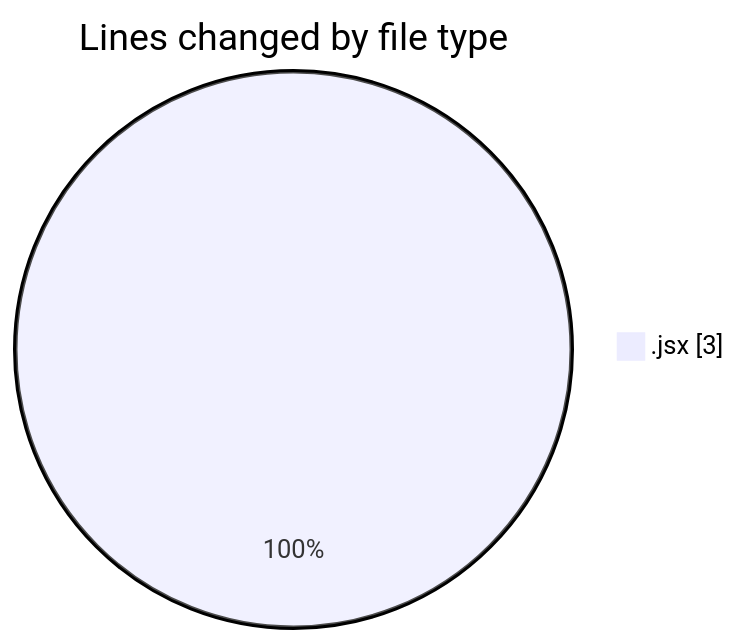
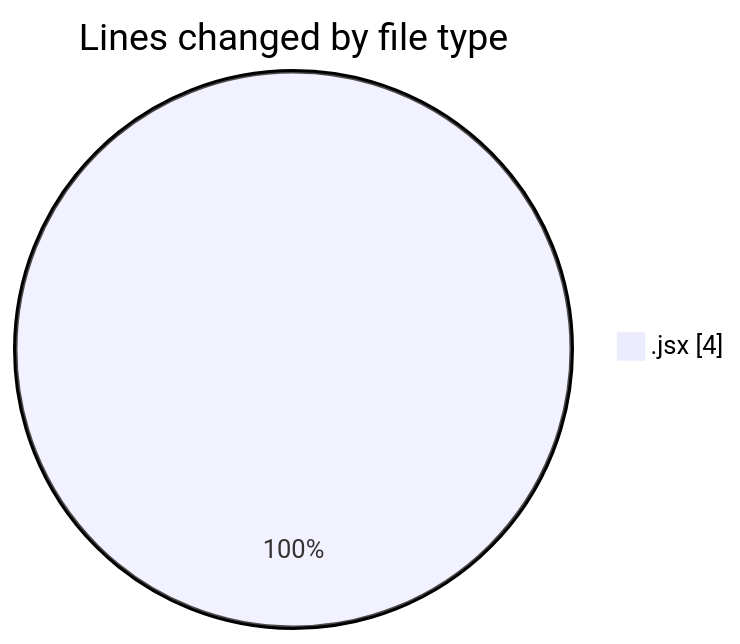
One commit to nxtqubesakshisongat/code-tracking changed the first of 2 diagrams in 2025-10-09/nxtqube_webapp/README.md. Above: the diagram before and after it, drawn with Mermaid. The commit also changed other lines of this file and 1 other file, not shown here.

````diff
--- a/2025-10-09/nxtqube_webapp/README.md
+++ b/2025-10-09/nxtqube_webapp/README.md
@@ -20,5 +20,5 @@
 ```mermaid
 pie showData
 title Lines changed by file type
-".jsx" : 3
+".jsx" : 4
 ```
````
